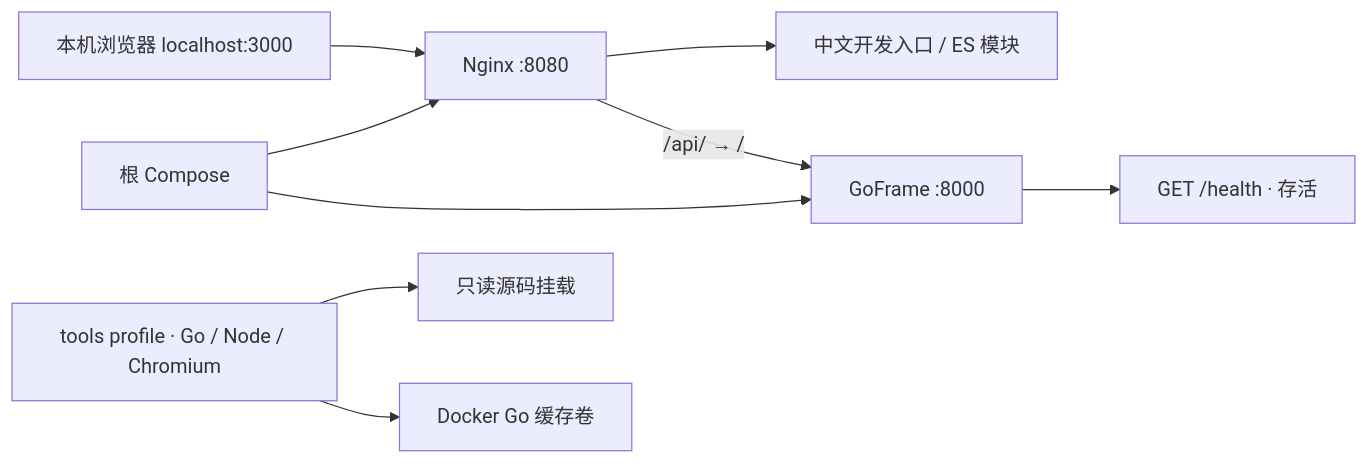
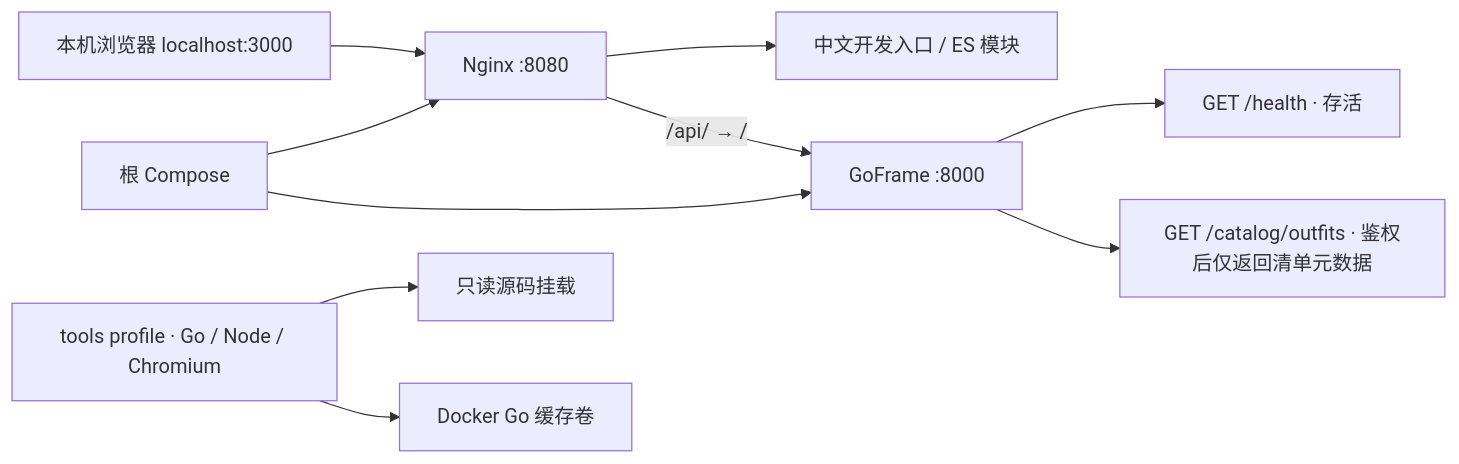
One commit to ZT1314888/VowMirror changed the diagram in docs/Project_Architecture_Blueprint.md. Above: the diagram before and after it, drawn with Mermaid. The commit also changed other lines of this file and 23 other files, not shown here.

````diff
--- a/docs/Project_Architecture_Blueprint.md
+++ b/docs/Project_Architecture_Blueprint.md
@@ -7,11 +7,12 @@
 ```mermaid
 flowchart LR
   Browser["本机浏览器 localhost:3000"] --> Web["Nginx :8080"]
   Web --> Static["中文开发入口 / ES 模块"]
   Web -->|"/api/ → /"| Backend["GoFrame :8000"]
   Backend --> Health["GET /health · 存活"]
+  Backend --> Catalog["GET /catalog/outfits · 鉴权后仅返回清单元数据"]
   Compose["根 Compose"] --> Web
   Compose --> Backend
   Tools["tools profile · Go / Node / Chromium"] --> Source["只读源码挂载"]
   Tools --> Cache["Docker Go 缓存卷"]
 ```
````
